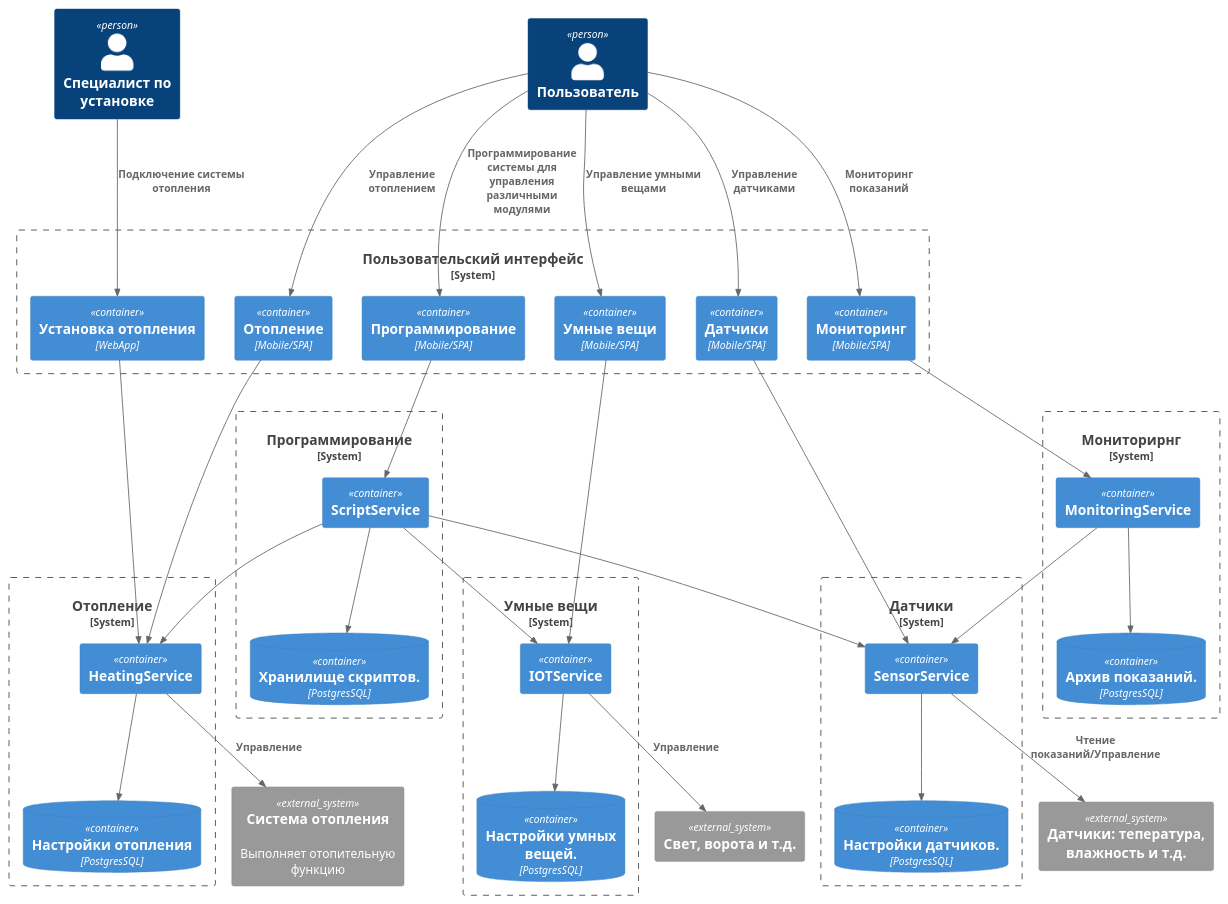
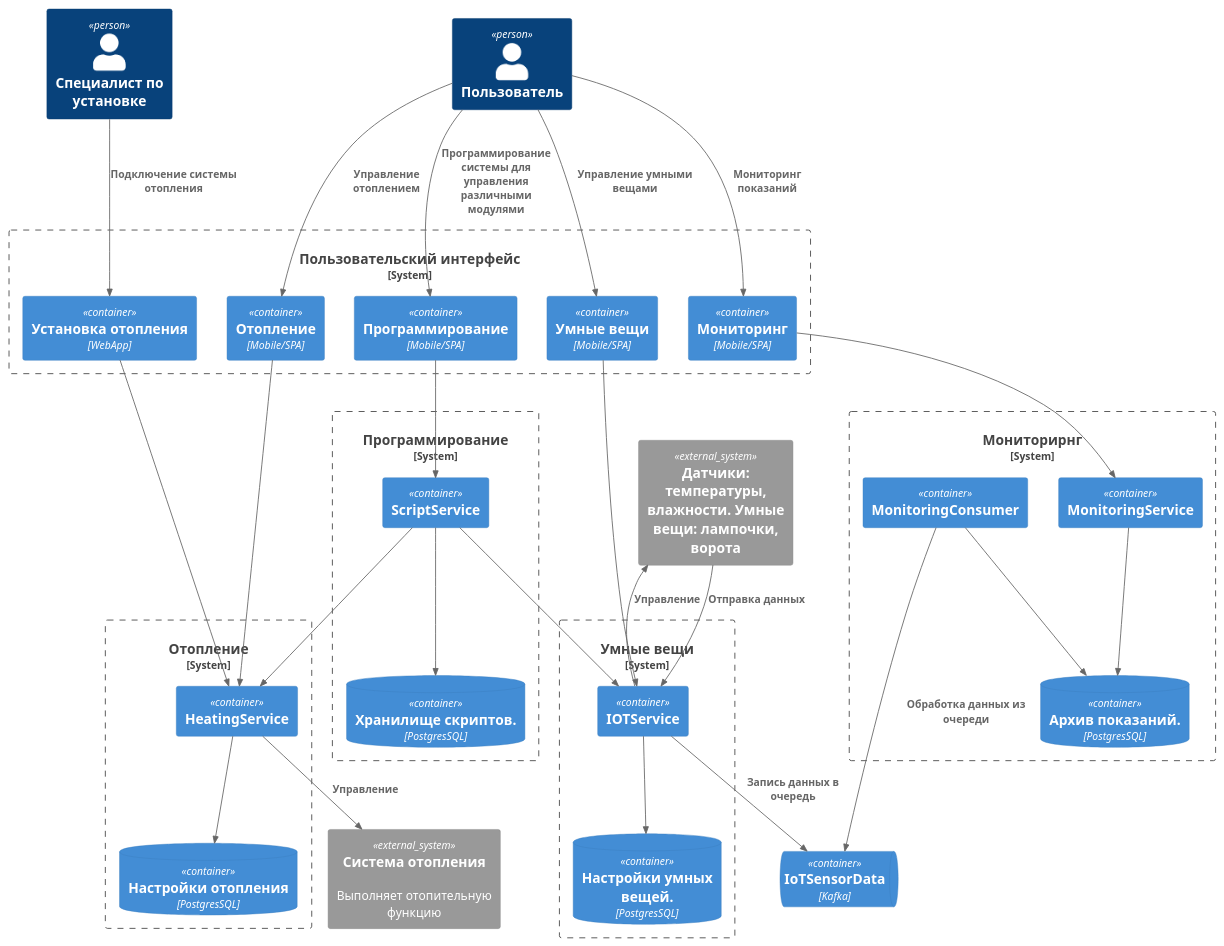
One commit to vladimir-kulgun/architecture-pro-warmhouse changed the diagram in schemas/TO-BE/c2_containers.puml. Above: the diagram before and after it, drawn with PlantUML. The commit also changed 6 other files, not shown here.

```diff
--- a/schemas/TO-BE/c2_containers.puml
+++ b/schemas/TO-BE/c2_containers.puml
@@ -1,75 +1,68 @@
 @startuml
 !include https://raw.githubusercontent.com/plantuml-stdlib/C4-PlantUML/master/C4_Container.puml
 
 Person(engineer, "Специалист по установке")
 Person(user, "Пользователь")
 
 
   System_Boundary(front_end, "Пользовательский интерфейс") {
     Container(warm_house_fe, "Установка отопления", "WebApp")
     Container(heating_fe, "Отопление", "Mobile/SPA")
 
-    Container(sensors_fe, "Датчики", "Mobile/SPA")
     Container(iot_fe, "Умные вещи", "Mobile/SPA")
     Container(monitoring_fe, "Мониторинг", "Mobile/SPA")
     Container(script_fe, "Программирование", "Mobile/SPA")
   }
   
   System_Boundary(heating_be, "Отопление") {
     Container(heating_service, "HeatingService", "")
     ContainerDb(heating_db, "Настройки отопления", "PostgresSQL")
   }
 
-  System_Boundary(sensors_be, "Датчики") {
-    Container(sensors_service, "SensorService", "")
-    ContainerDb(sensors_db, "Настройки датчиков.", "PostgresSQL")
-  }
-
   System_Boundary(iot_be, "Умные вещи") {
     Container(iot_service, "IOTService", "")
     ContainerDb(iot_db, "Настройки умных вещей.", "PostgresSQL")
   }
 
+  ContainerQueue(iot_que, "IoTSensorData", "Kafka")
+
   System_Boundary(monitoring_be, "Мониторирнг") {
     Container(monitoring_service, "MonitoringService", "")
+    Container(monitoring_consumer, "MonitoringConsumer", "")
     ContainerDb(monitoring_db, "Архив показаний.", "PostgresSQL")
   }
 
   System_Boundary(script_be, "Программирование") {
     Container(script_service, "ScriptService", "")
     ContainerDb(script_db, "Хранилище скриптов.", "PostgresSQL")
   }
 
 Rel(user, heating_fe, "Управление отоплением")
 Rel(engineer, warm_house_fe, "Подключение системы отопления")
 System_Ext(heating_system, "Система отопления", "Выполняет отопительную функцию")
 Rel(heating_fe, heating_service, "")
 Rel(warm_house_fe, heating_service, "")
 Rel(heating_service, heating_db, "")
 Rel(heating_service, heating_system, "Управление")
 
-Rel(user, sensors_fe, "Управление датчиками")
-System_Ext(sensors, "Датчики: тепература, влажность и т.д.", "")
-Rel(sensors_fe, sensors_service, "")
-Rel(sensors_service, sensors_db, "")
-Rel(sensors_service, sensors, "Чтение показаний/Управление")
-
 Rel(user, iot_fe, "Управление умными вещами")
-System_Ext(iot, "Свет, ворота и т.д.", "")
+System_Ext(iot, "Датчики: температуры, влажности. Умные вещи: лампочки, ворота", "")
 Rel(iot_fe, iot_service, "")
 Rel(iot_service, iot_db, "")
+Rel(iot_service, iot_que, "Запись данных в очередь")
 Rel(iot_service, iot, "Управление")
+Rel(iot, iot_service, "Отправка данных")
 
 Rel(user, monitoring_fe, "Мониторинг показаний")
 Rel(monitoring_fe, monitoring_service, "")
-Rel(monitoring_service, sensors_service, "")
 Rel(monitoring_service, monitoring_db, "")
+Rel(monitoring_consumer, iot_que, "Обработка данных из очереди")
+Rel(monitoring_consumer, monitoring_db, "")
 
 Rel(user, script_fe, "Программирование системы для управления различными модулями")
 Rel(script_fe, script_service, "")
-Rel(script_service, sensors_service, "")
 Rel(script_service, heating_service, "")
 Rel(script_service, iot_service, "")
 Rel(script_service, script_db, "")
 
 @enduml
```
